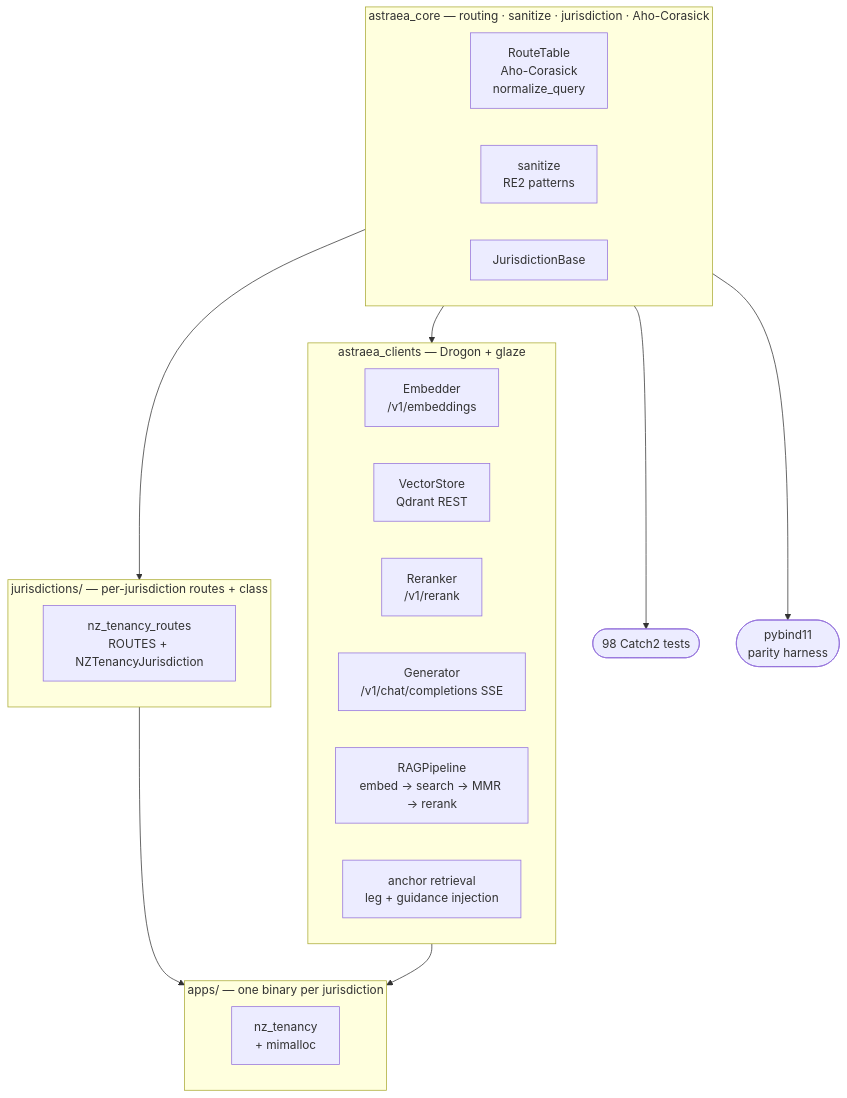
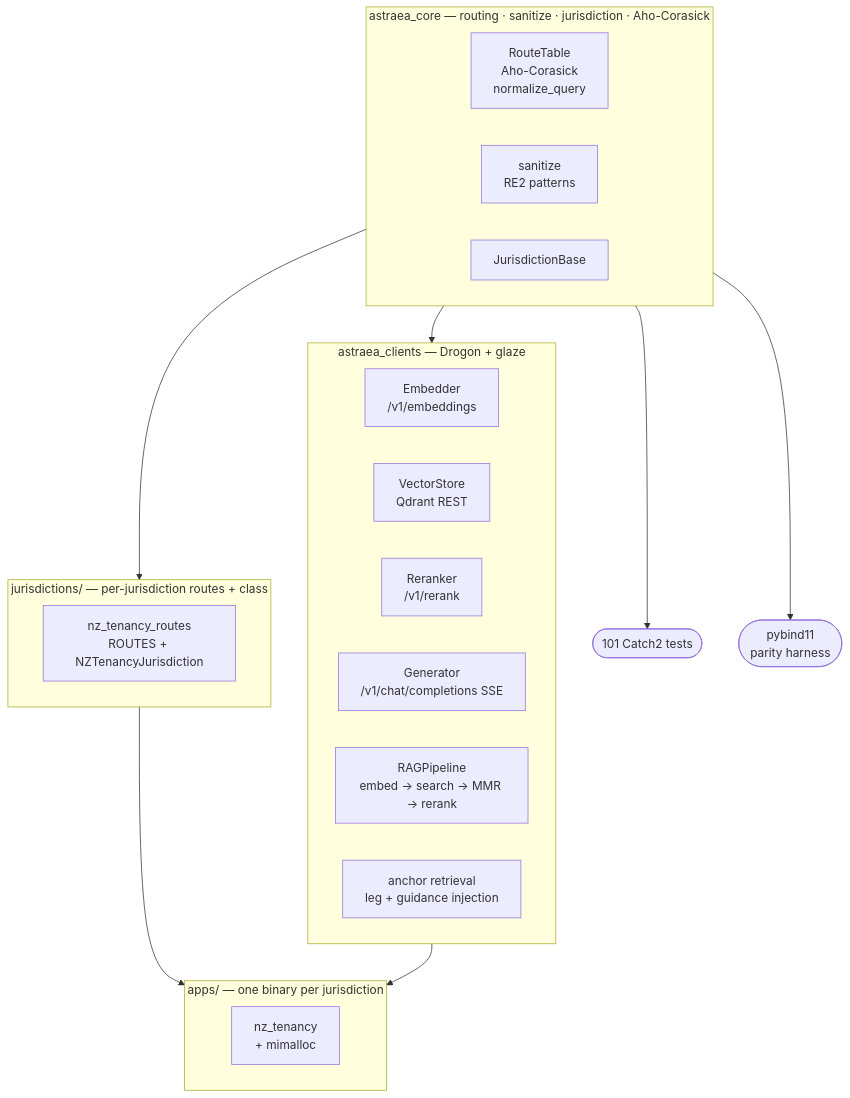
Before and after one commit to jwongso/astraea.cpp: the first of 2 diagrams in README.md, drawn with Mermaid. The commit also changed other lines of this file, not shown here.

````diff
--- a/README.md
+++ b/README.md
@@ -28,35 +28,35 @@
 ```mermaid
 graph TD
     subgraph CORE["astraea_core  —  routing · sanitize · jurisdiction · Aho-Corasick"]
         routing["RouteTable\nAho-Corasick\nnormalize_query"]
         sanitize["sanitize\nRE2 patterns"]
         juris["JurisdictionBase"]
     end
 
     subgraph JUR["jurisdictions/  —  per-jurisdiction routes + class"]
         nzr["nz_tenancy_routes\nROUTES + NZTenancyJurisdiction"]
     end
 
     subgraph CLIENTS["astraea_clients  —  Drogon + glaze"]
         embedder["Embedder\n/v1/embeddings"]
         store["VectorStore\nQdrant REST"]
         reranker["Reranker\n/v1/rerank"]
         generator["Generator\n/v1/chat/completions SSE"]
         pipeline["RAGPipeline\nembed → search → MMR → rerank"]
         anchor["anchor retrieval\nleg + guidance injection"]
     end
 
     subgraph APPS["apps/  —  one binary per jurisdiction"]
         nz["nz_tenancy\n+ mimalloc"]
     end
 
-    tests(["98 Catch2 tests"])
+    tests(["101 Catch2 tests"])
     parity(["pybind11\nparity harness"])
 
     CORE --> CLIENTS
     CORE --> JUR
     CORE --> tests
     CORE --> parity
     JUR --> APPS
     CLIENTS --> APPS
 ```
````
